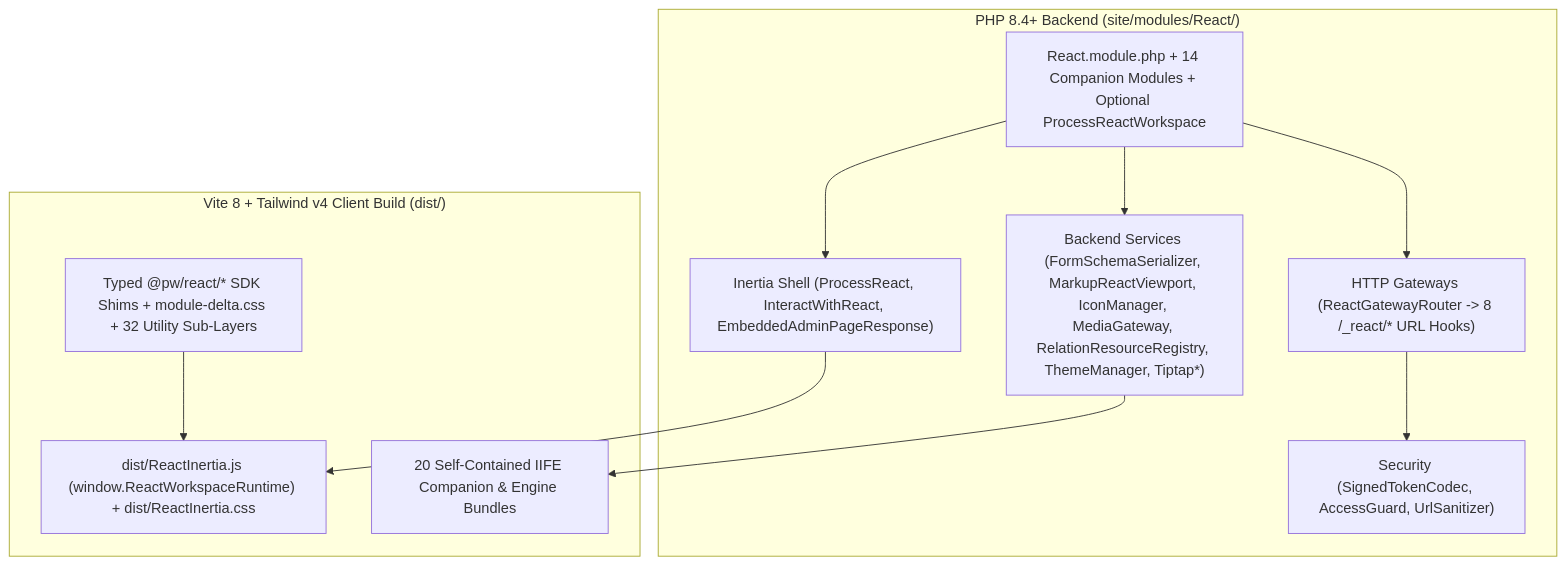
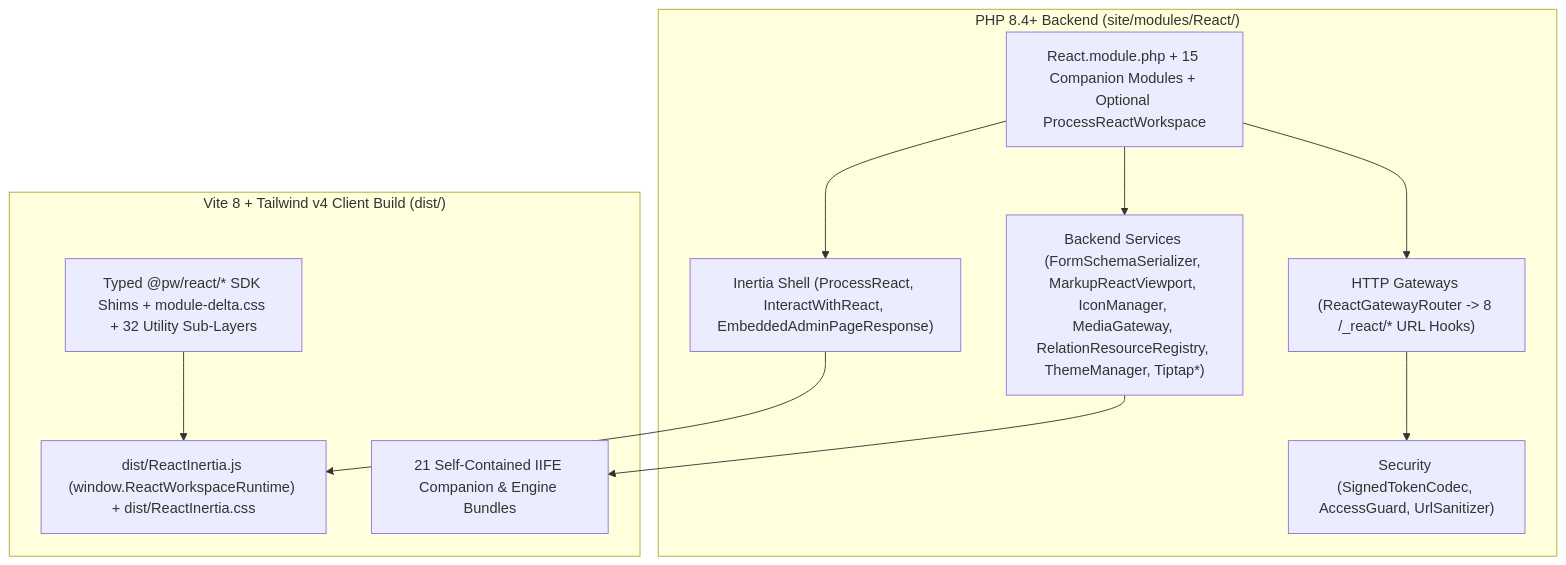
One commit to trk/React changed the second of 3 diagrams in docs/01-architecture.md. Above: the diagram before and after it, drawn with Mermaid. The commit also changed other lines of this file and 10 other files, not shown here.

Commit message:
docs: update module documentation, architecture guides, and Boost skill

````diff
--- a/docs/01-architecture.md
+++ b/docs/01-architecture.md
@@ -163,24 +163,24 @@
 ```mermaid
 flowchart TD
     subgraph PHP["PHP 8.4+ Backend (site/modules/React/)"]
-        MOD["React.module.php + 14 Companion Modules + Optional ProcessReactWorkspace"]
+        MOD["React.module.php + 15 Companion Modules + Optional ProcessReactWorkspace"]
         SHELL["Inertia Shell (ProcessReact, InteractWithReact, EmbeddedAdminPageResponse)"]
         GW["HTTP Gateways (ReactGatewayRouter -> 8 /_react/* URL Hooks)"]
         SEC["Security (SignedTokenCodec, AccessGuard, UrlSanitizer)"]
         ENG["Backend Services (FormSchemaSerializer, MarkupReactViewport, IconManager, MediaGateway, RelationResourceRegistry, ThemeManager, Tiptap*)"]
     end
 
     subgraph BUILD["Vite 8 + Tailwind v4 Client Build (dist/)"]
         COREJS["dist/ReactInertia.js (window.ReactWorkspaceRuntime) + dist/ReactInertia.css"]
-        SUBJS["20 Self-Contained IIFE Companion & Engine Bundles"]
+        SUBJS["21 Self-Contained IIFE Companion & Engine Bundles"]
         SDK["Typed @pw/react/* SDK Shims + module-delta.css + 32 Utility Sub-Layers"]
     end
 
     MOD --> SHELL
     MOD --> GW
     GW --> SEC
     MOD --> ENG
     SHELL --> COREJS
     ENG --> SUBJS
     SDK --> COREJS
 ```
````
